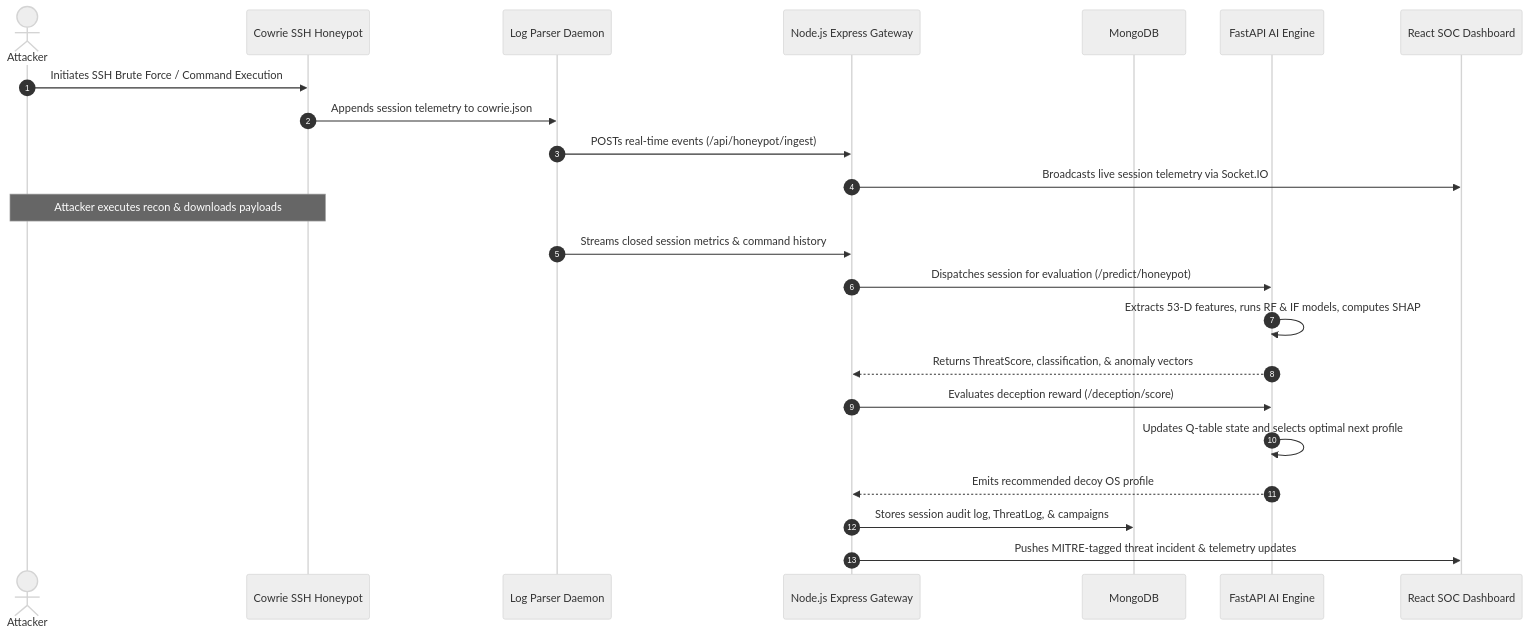
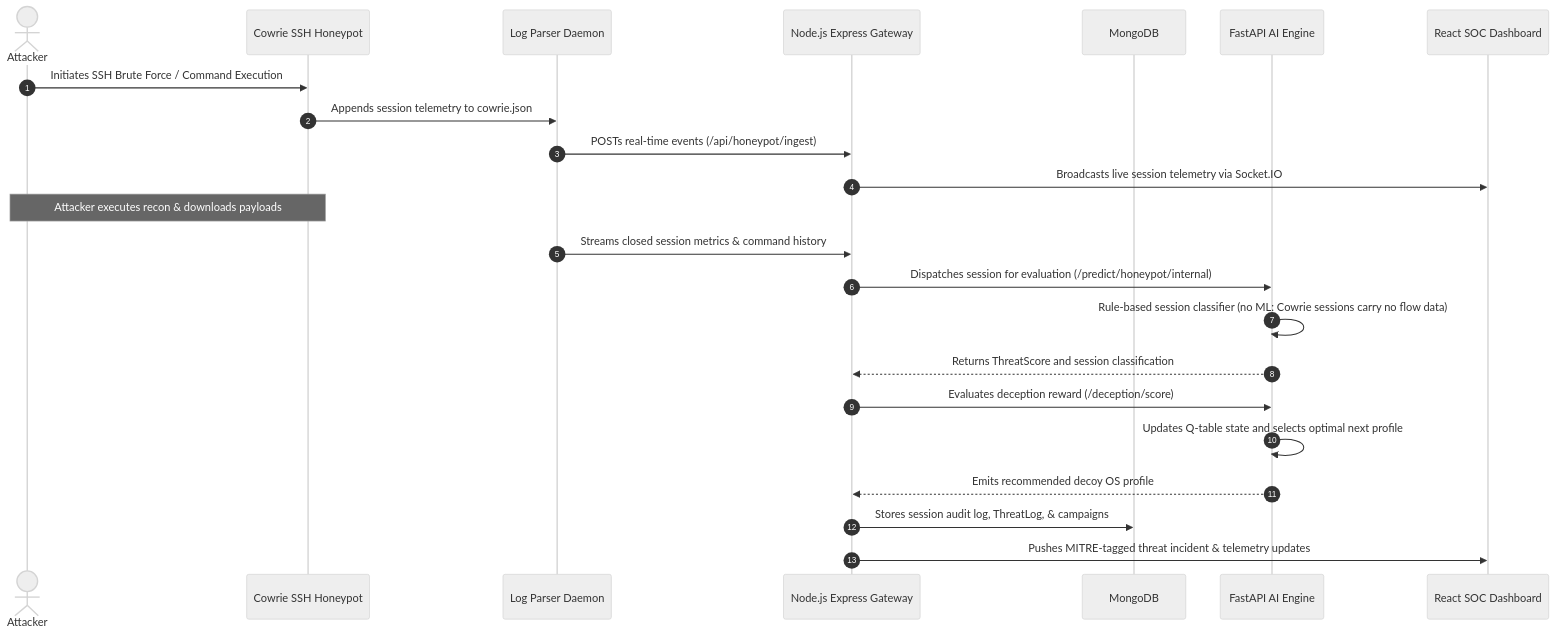
The diagram in README.md (srisnigdha-08/SentinalAI), drawn with Mermaid (neutral theme) before and after one commit. The commit also changed other lines of this file and 25 other files, not shown here.

````diff
--- a/README.md
+++ b/README.md
@@ -56,26 +56,26 @@
 ```mermaid
 sequenceDiagram
     autonumber
     actor Attacker
     participant HP as Cowrie SSH Honeypot
     participant Parser as Log Parser Daemon
     participant BE as Node.js Express Gateway
     participant DB as MongoDB
     participant AI as FastAPI AI Engine
     participant UI as React SOC Dashboard
 
     Attacker->>HP: Initiates SSH Brute Force / Command Execution
     HP->>Parser: Appends session telemetry to cowrie.json
     Parser->>BE: POSTs real-time events (/api/honeypot/ingest)
     BE->>UI: Broadcasts live session telemetry via Socket.IO
     Note over Attacker, HP: Attacker executes recon & downloads payloads
     Parser->>BE: Streams closed session metrics & command history
-    BE->>AI: Dispatches session for evaluation (/predict/honeypot)
-    AI->>AI: Extracts 53-D features, runs RF & IF models, computes SHAP
-    AI-->>BE: Returns ThreatScore, classification, & anomaly vectors
+    BE->>AI: Dispatches session for evaluation (/predict/honeypot/internal)
+    AI->>AI: Rule-based session classifier (no ML: Cowrie sessions carry no flow data)
+    AI-->>BE: Returns ThreatScore and session classification
     BE->>AI: Evaluates deception reward (/deception/score)
     AI->>AI: Updates Q-table state and selects optimal next profile
     AI-->>BE: Emits recommended decoy OS profile
     BE->>DB: Stores session audit log, ThreatLog, & campaigns
     BE->>UI: Pushes MITRE-tagged threat incident & telemetry updates
 ```
````
